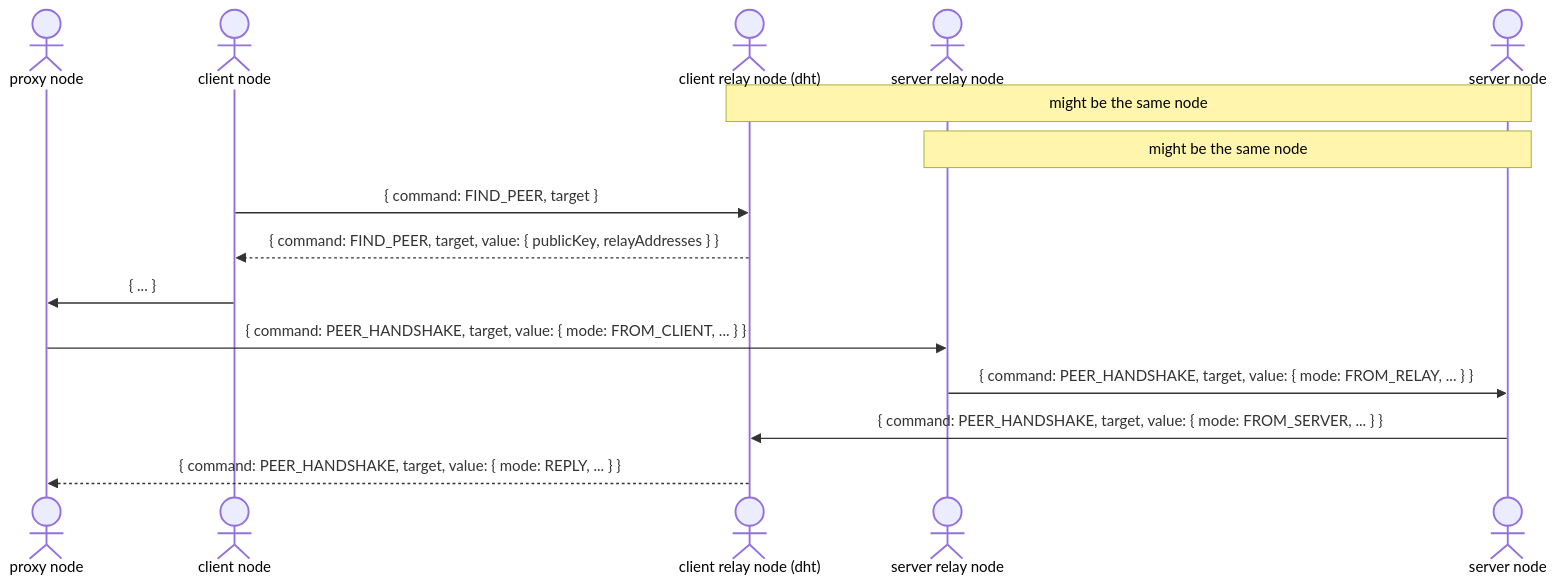
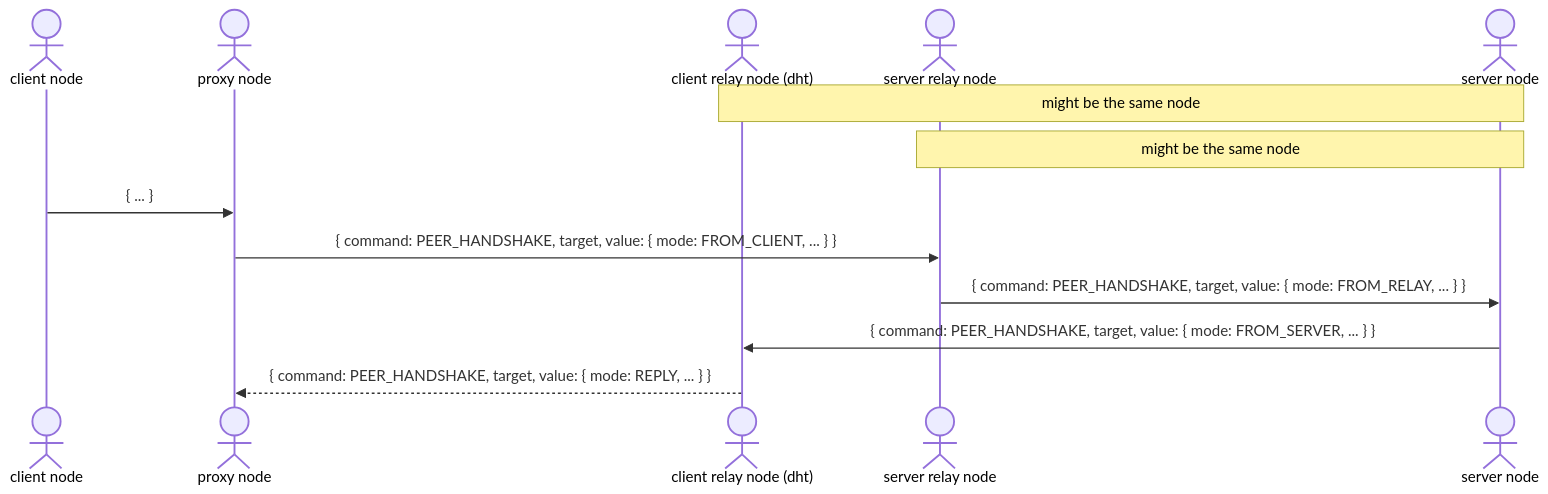
The second of 3 diagrams in docs/handshake.md (AreaLayer/hyperdht), drawn with Mermaid before and after one commit. The commit also changed other lines of this file, not shown here.

Commit message:
Remove `FIND_PEER` step from proxy diagrams

````diff
--- a/docs/handshake.md
+++ b/docs/handshake.md
@@ -41,20 +41,17 @@
 ```mermaid
 sequenceDiagram
+    actor c as client node
     actor p as proxy node
-    actor c as client node
     actor cr as client relay node (dht)
     actor sr as server relay node
     actor s as server node
 
     note over cr, s: might be the same node
     note over sr, s: might be the same node
 
-    c ->> cr: { command: FIND_PEER, target }
-    cr -->> c: { command: FIND_PEER, target, value: { publicKey, relayAddresses } }
-
     c ->> p: { ... }
     p ->> sr: { command: PEER_HANDSHAKE, target, value: { mode: FROM_CLIENT, ... } }
     sr ->> s: { command: PEER_HANDSHAKE, target, value: { mode: FROM_RELAY, ... } }
     s ->> cr: { command: PEER_HANDSHAKE, target, value: { mode: FROM_SERVER, ... } }
     cr -->> p: { command: PEER_HANDSHAKE, target, value: { mode: REPLY, ... } }
 ```
````
